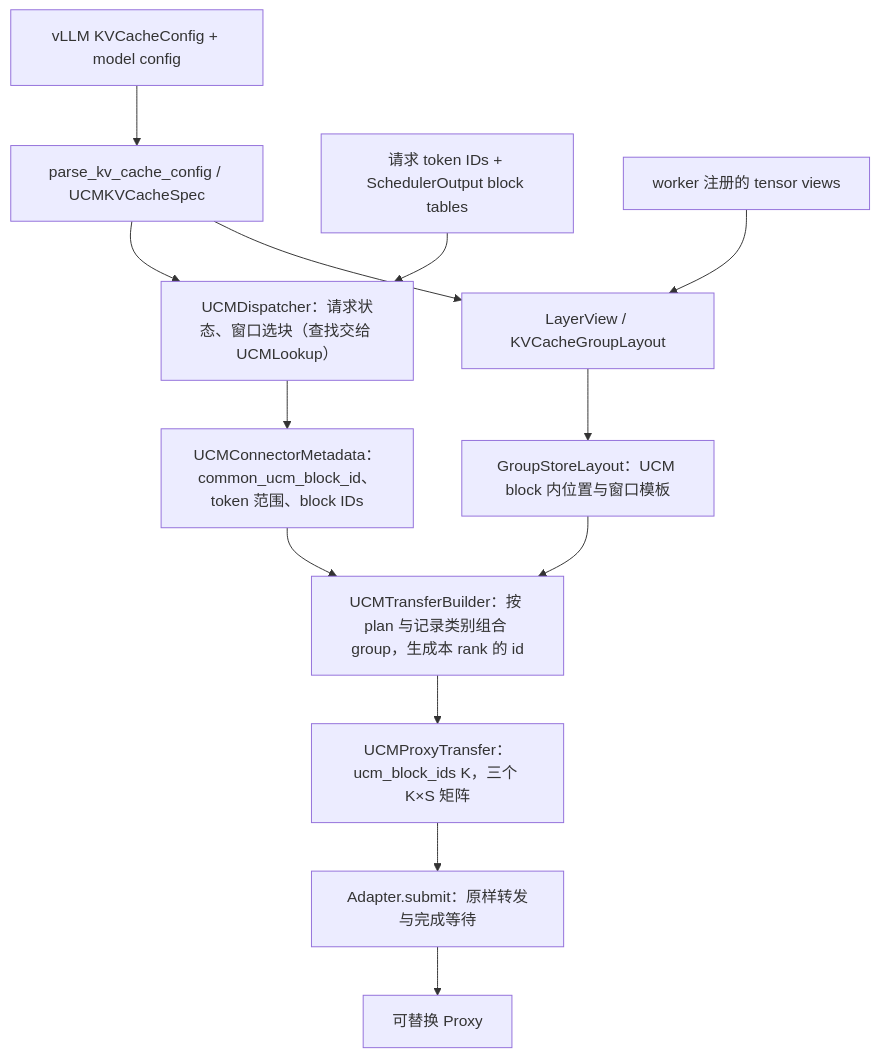
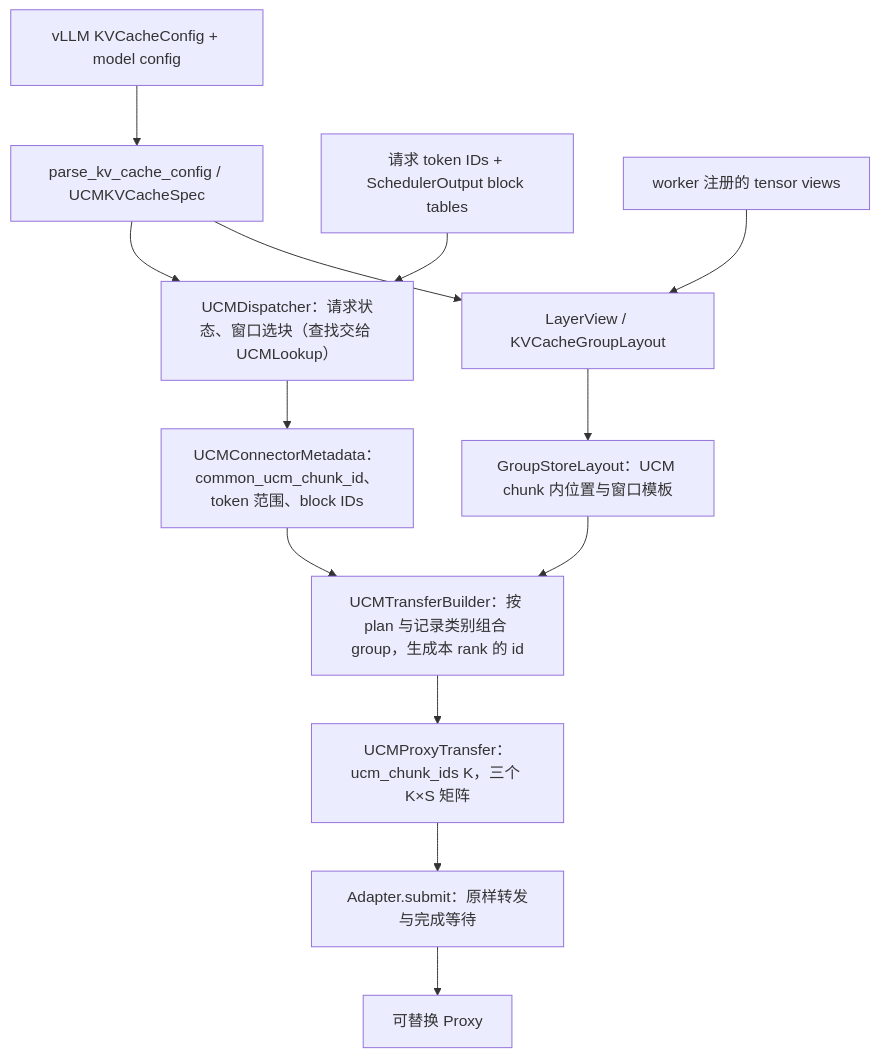
The diagram in docs/connector-v2-detailed-design.md (ModelEngine-Group/unified-cache-management), drawn with Mermaid before and after one commit. The commit also changed other lines of this file and 20 other files, not shown here.

First line of the commit message:
[Refactor] connector v2: dev_connector names and chunk as the UCM unit

````diff
--- a/docs/connector-v2-detailed-design.md
+++ b/docs/connector-v2-detailed-design.md
@@ -28,15 +28,15 @@
 ```mermaid
 flowchart TD
     Config["vLLM KVCacheConfig + model config"] --> Spec["parse_kv_cache_config / UCMKVCacheSpec"]
     Spec --> Scheduler["UCMDispatcher：请求状态、窗口选块（查找交给 UCMLookup）"]
     Request["请求 token IDs + SchedulerOutput block tables"] --> Scheduler
-    Scheduler --> Meta["UCMConnectorMetadata：common_ucm_block_id、token 范围、block IDs"]
+    Scheduler --> Meta["UCMConnectorMetadata：common_ucm_chunk_id、token 范围、block IDs"]
     Views["worker 注册的 tensor views"] --> Physical["LayerView / KVCacheGroupLayout"]
     Spec --> Physical
-    Physical --> Record["GroupStoreLayout：UCM block 内位置与窗口模板"]
+    Physical --> Record["GroupStoreLayout：UCM chunk 内位置与窗口模板"]
     Meta --> Builder["UCMTransferBuilder：按 plan 与记录类别组合 group，生成本 rank 的 id"]
     Record --> Builder
-    Builder --> Transfer["UCMProxyTransfer：ucm_block_ids K，三个 K×S 矩阵"]
+    Builder --> Transfer["UCMProxyTransfer：ucm_chunk_ids K，三个 K×S 矩阵"]
     Transfer --> Adapter["Adapter.submit：原样转发与完成等待"]
     Adapter --> Proxy["可替换 Proxy"]
 ```
````
